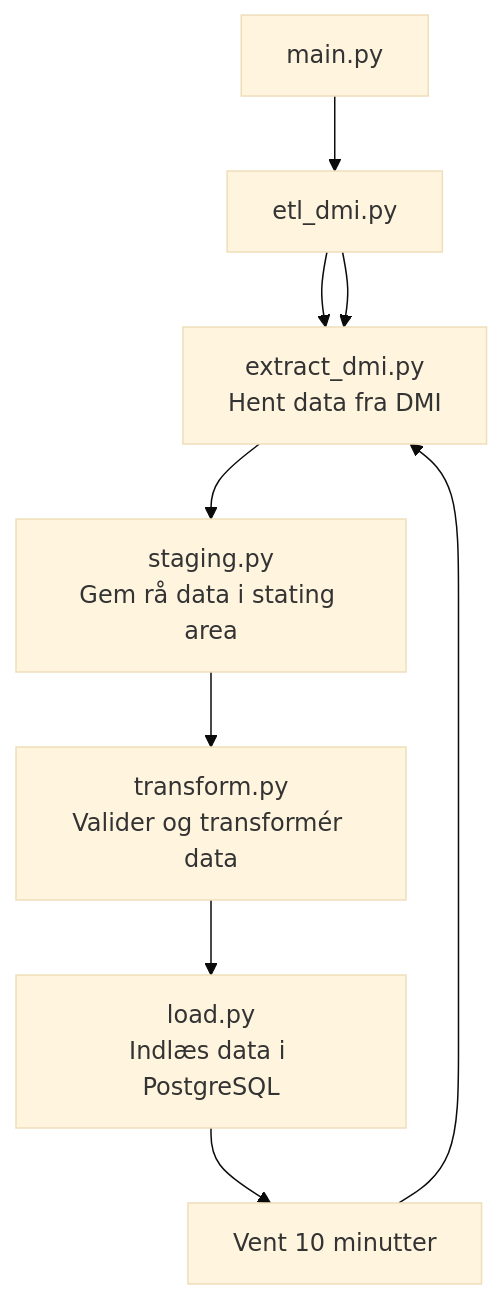
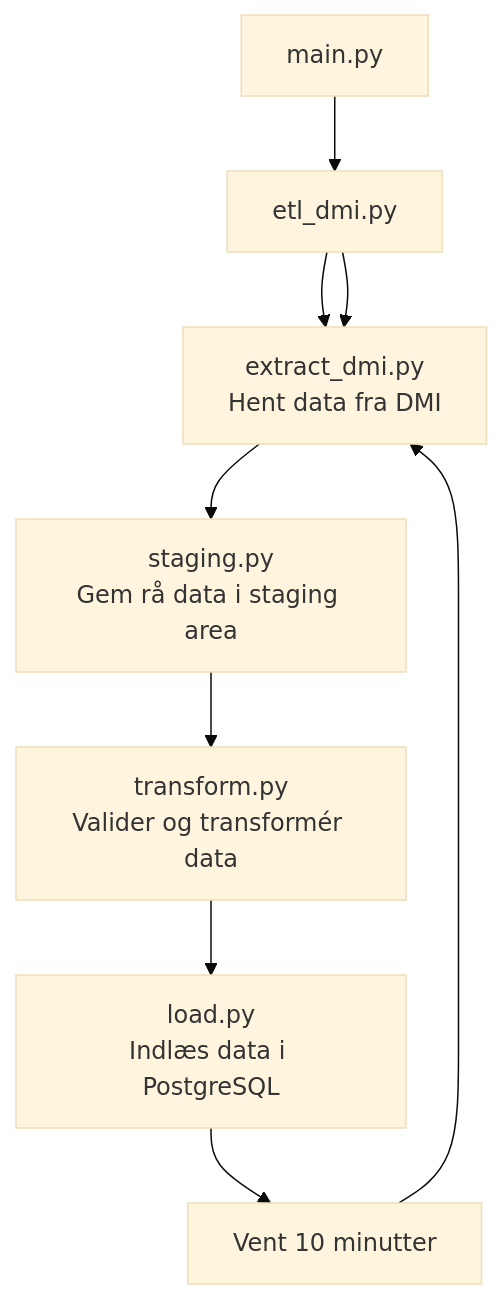
One commit to martinaik/opgave2 changed the first of 2 diagrams in README.md. Above: the diagram before and after it, drawn with Mermaid (base theme).

Commit message:
Fix typo in README for staging area

````diff
--- a/README.md
+++ b/README.md
@@ -52,11 +52,11 @@
 ```mermaid
 flowchart TD
     A[main.py] --> B[etl_dmi.py]
     B --> C["migrations.py<br/>Kør databasemigrationer"]
     B --> C["extract_dmi.py<br/>Hent data fra DMI"]
-    C --> D["staging.py<br/>Gem rå data i stating area"]
+    C --> D["staging.py<br/>Gem rå data i staging area"]
     D --> E["transform.py<br/>Valider og transformér data"]
     E --> F["load.py<br/>Indlæs data i PostgreSQL"]
     F --> G[Vent 10 minutter]
     G --> C
 ```
````
